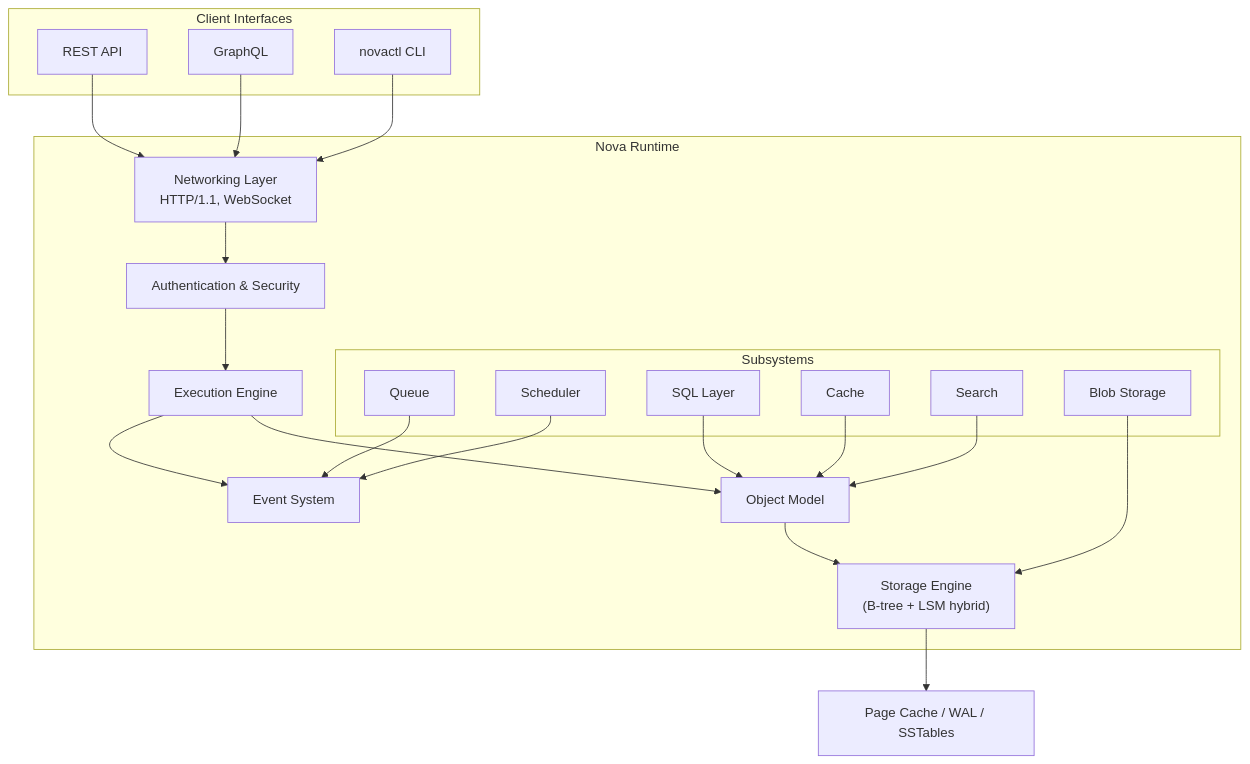
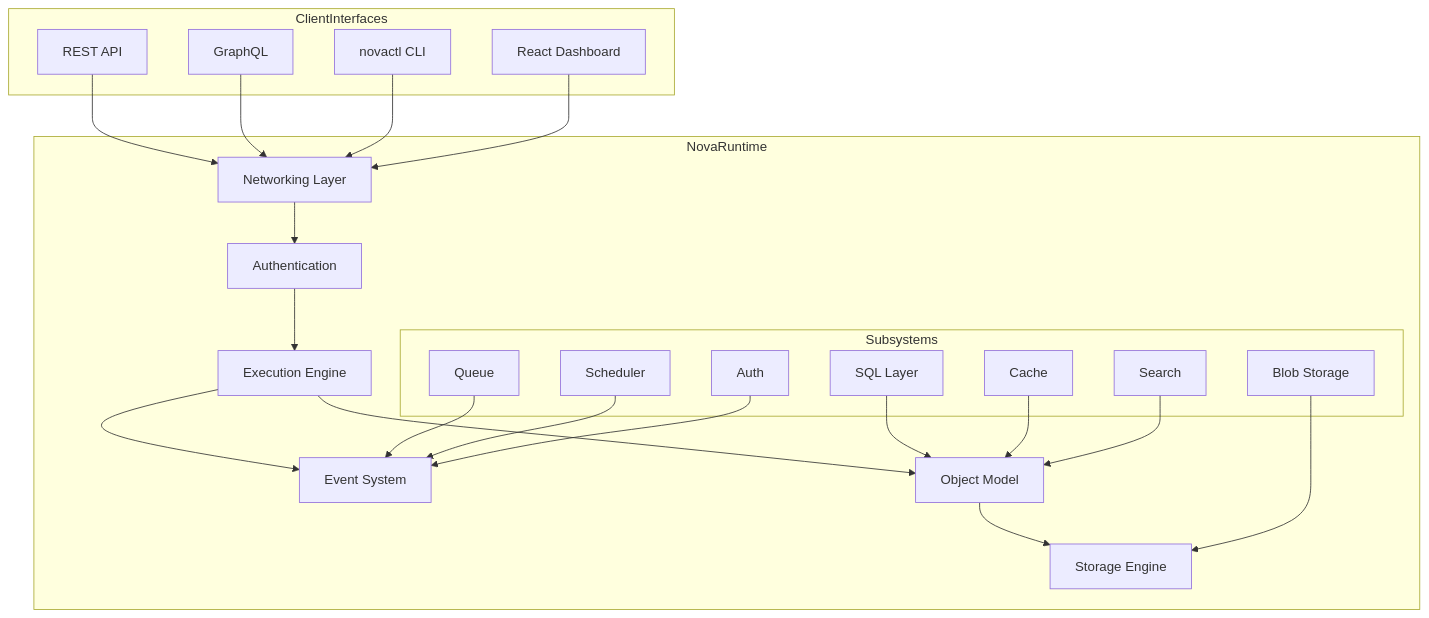
One commit to Icarus-afk/Nova-Runtime changed the diagram in README.md. Above: the diagram before and after it, drawn with Mermaid. The commit also changed other lines of this file and 41 other files, not shown here.

````diff
--- a/README.md
+++ b/README.md
@@ -17,41 +24,44 @@
 ```mermaid
 graph TB
-    subgraph "Client Interfaces"
-        REST["REST API"]
-        GRAPHQL["GraphQL"]
-        CLI["novactl CLI"]
+    subgraph ClientInterfaces
+        REST[REST API]
+        GRAPHQL[GraphQL]
+        CLI[novactl CLI]
+        DASHBOARD[React Dashboard]
     end
 
-    subgraph "Nova Runtime"
-        NET["Networking Layer<br/>HTTP/1.1, WebSocket"]
-        AUTH["Authentication & Security"]
-        EXEC["Execution Engine"]
-        EVENTS["Event System"]
-        OBJ["Object Model"]
-        STORE["Storage Engine<br/>(B-tree + LSM hybrid)"]
+    subgraph NovaRuntime
+        NET[Networking Layer]
+        AUTH[Authentication]
+        EXEC[Execution Engine]
+        EVENTS[Event System]
+        OBJ[Object Model]
+        STORE[Storage Engine]
 
-        subgraph "Subsystems"
-            SQL["SQL Layer"]
-            CACHE["Cache"]
-            QUEUE["Queue"]
-            SCHED["Scheduler"]
-            SEARCH["Search"]
-            BLOB["Blob Storage"]
+        subgraph Subsystems
+            SQL[SQL Layer]
+            CACHE[Cache]
+            QUEUE[Queue]
+            SCHED[Scheduler]
+            SEARCH[Search]
+            BLOB[Blob Storage]
+            AUTH_SUB[Auth]
         end
     end
 
     REST --> NET
     GRAPHQL --> NET
     CLI --> NET
+    DASHBOARD --> NET
     NET --> AUTH --> EXEC
     EXEC --> EVENTS
     EXEC --> OBJ
     OBJ --> STORE
     SQL --> OBJ
     CACHE --> OBJ
     QUEUE --> EVENTS
     SCHED --> EVENTS
     SEARCH --> OBJ
     BLOB --> STORE
-    STORE --> DISK["Page Cache / WAL / SSTables"]
+    AUTH_SUB --> EVENTS
 ```
````
